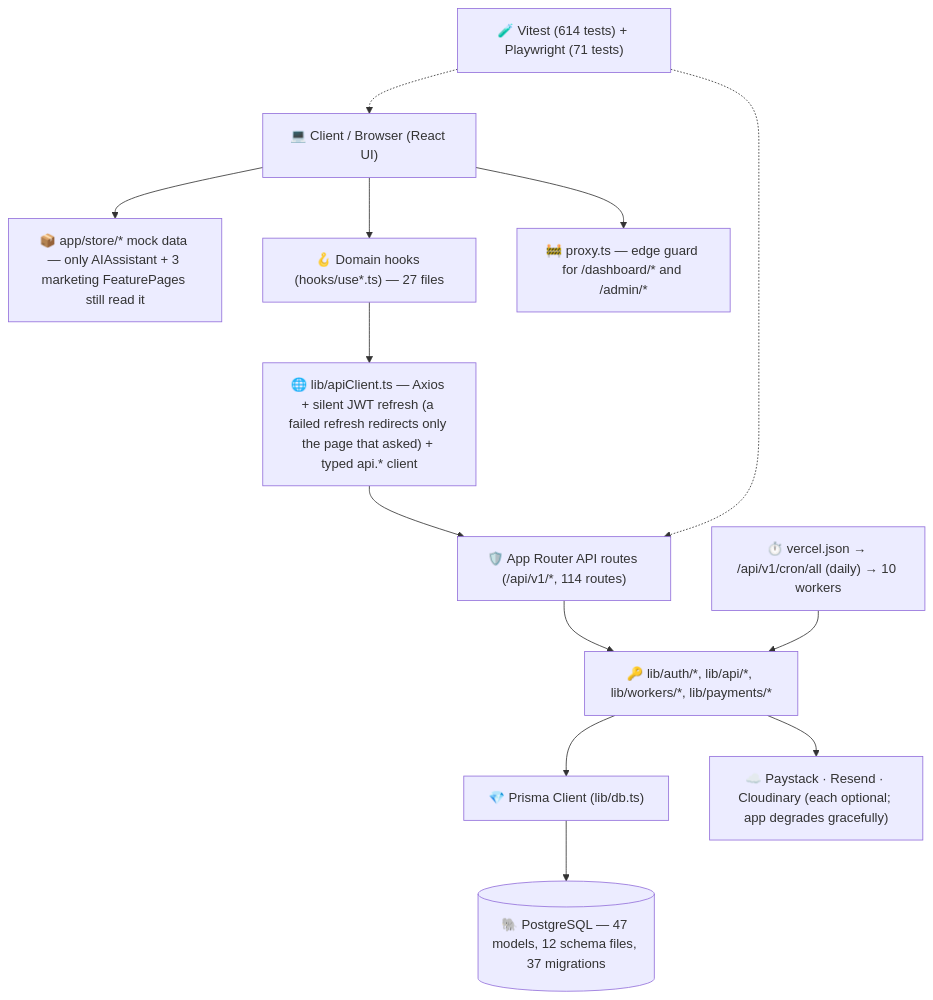
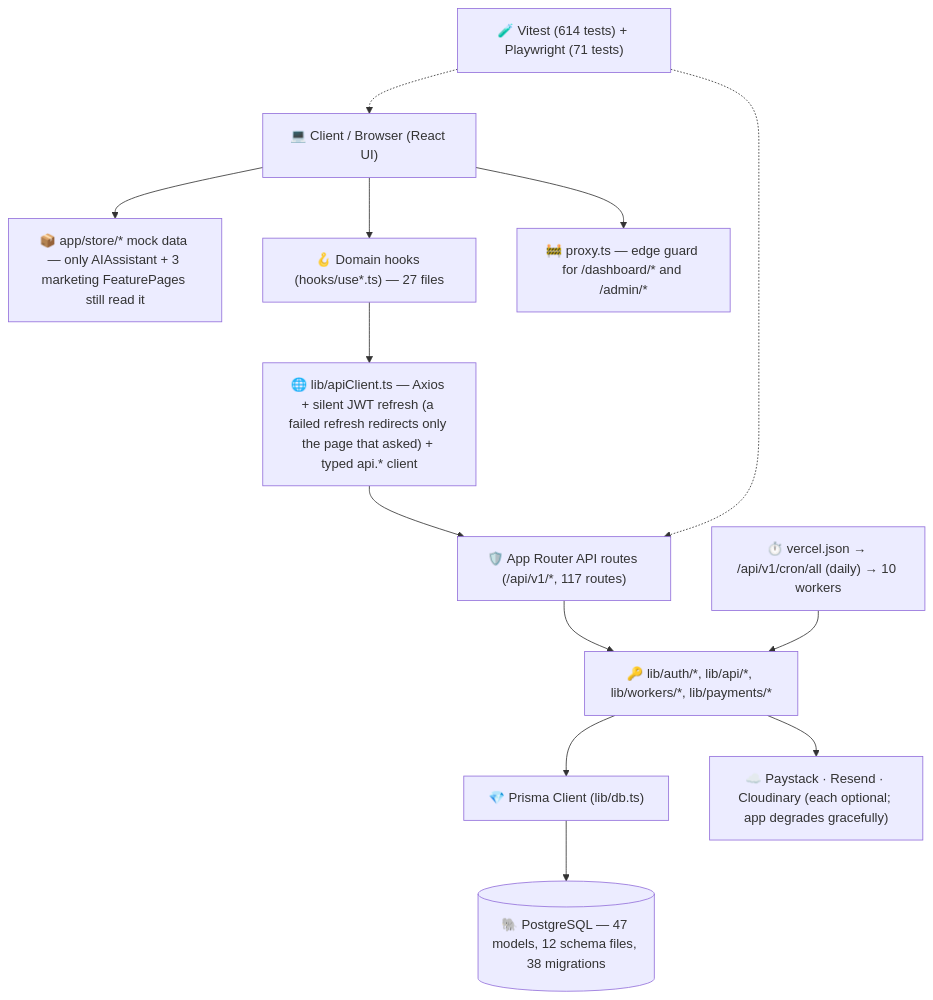
Before and after one commit to Proplity/proplity: the diagram in PROJECT_STRUCTURE.md, drawn with Mermaid. The commit also changed other lines of this file and 46 other files, not shown here.

````diff
--- a/PROJECT_STRUCTURE.md
+++ b/PROJECT_STRUCTURE.md
@@ -11,28 +11,28 @@
 ```mermaid
 graph TD
     Client["💻 Client / Browser (React UI)"]
     Store["📦 app/store/* mock data — only AIAssistant + 3 marketing FeaturePages still read it"]
     Hooks["🪝 Domain hooks (hooks/use*.ts) — 27 files"]
     ApiClient["🌐 lib/apiClient.ts — Axios + silent JWT refresh (a failed refresh redirects only the page that asked) + typed api.* client"]
     Proxy["🚧 proxy.ts — edge guard for /dashboard/* and /admin/*"]
-    NextApi["🛡️ App Router API routes (/api/v1/*, 114 routes)"]
+    NextApi["🛡️ App Router API routes (/api/v1/*, 117 routes)"]
     LibCore["🔑 lib/auth/*, lib/api/*, lib/workers/*, lib/payments/*"]
     PrismaClient["💎 Prisma Client (lib/db.ts)"]
-    Postgres[("🐘 PostgreSQL — 47 models, 12 schema files, 37 migrations")]
+    Postgres[("🐘 PostgreSQL — 47 models, 12 schema files, 38 migrations")]
     Cron["⏱️ vercel.json → /api/v1/cron/all (daily) → 10 workers"]
     Ext["☁️ Paystack · Resend · Cloudinary (each optional; app degrades gracefully)"]
     Tests["🧪 Vitest (614 tests) + Playwright (71 tests)"]
 
     Client --> Store
     Client --> Proxy
     Client --> Hooks
     Hooks --> ApiClient
     ApiClient --> NextApi
     NextApi --> LibCore
     LibCore --> PrismaClient
     LibCore --> Ext
     Cron --> LibCore
     PrismaClient --> Postgres
     Tests -.-> NextApi
     Tests -.-> Client
 ```
````
